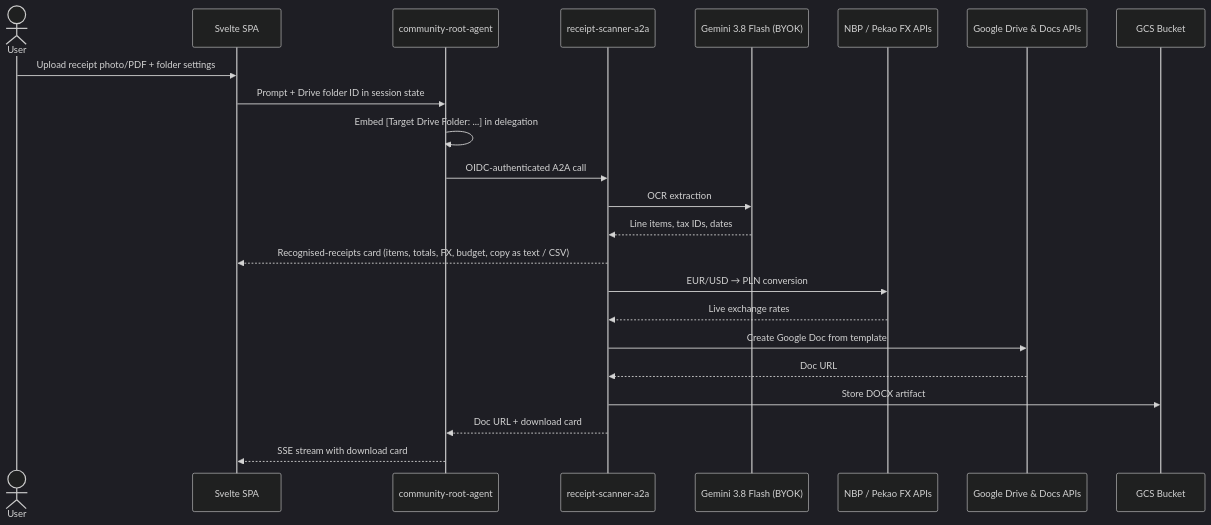
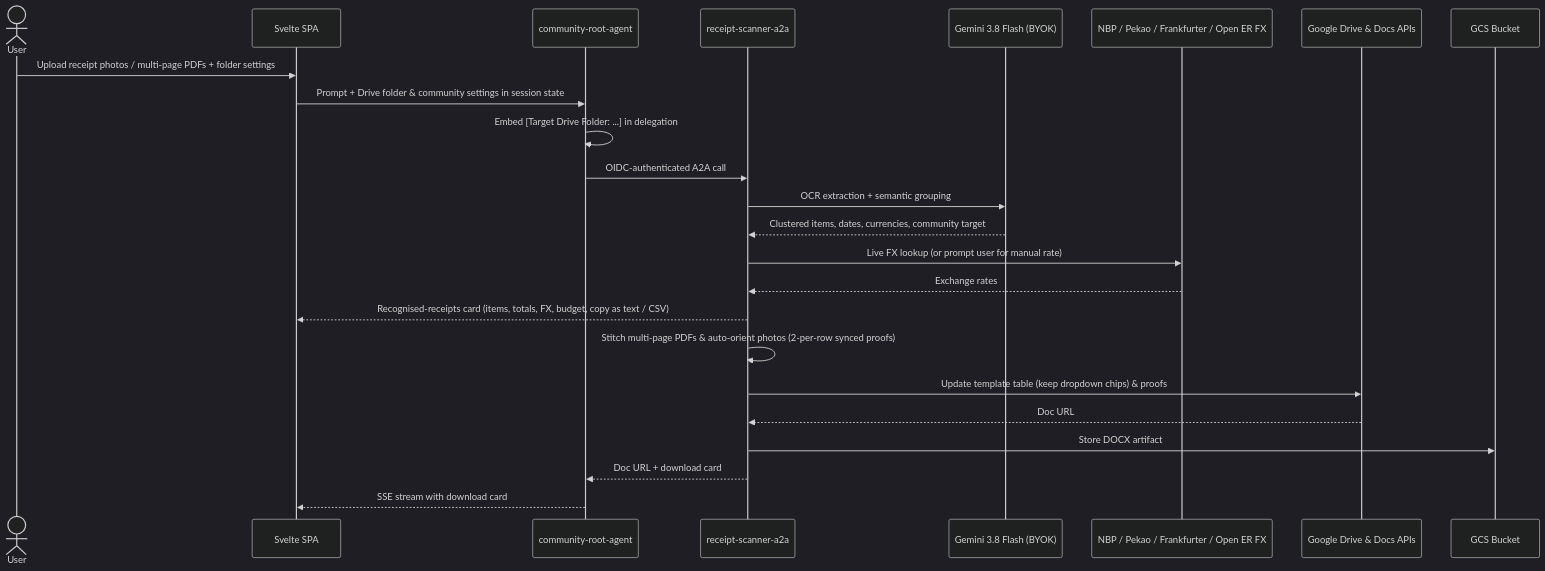
Before and after one commit to aplachykau-git/gdg_agents: the fifth of 8 diagrams in docs/SOLUTION_ARCHITECTURE.md, drawn with Mermaid (dark theme). The commit also changed other lines of this file and 14 other files, not shown here.

Commit message:
docs: update README, architecture diagrams, and guides before main PR

````diff
--- a/docs/SOLUTION_ARCHITECTURE.md
+++ b/docs/SOLUTION_ARCHITECTURE.md
@@ -242,26 +242,27 @@
 ```mermaid
 sequenceDiagram
     actor User
     participant SPA as Svelte SPA
     participant Root as community-root-agent
     participant Receipt as receipt-scanner-a2a
     participant Gemini as Gemini 3.8 Flash (BYOK)
-    participant FX as NBP / Pekao FX APIs
+    participant FX as NBP / Pekao / Frankfurter / Open ER FX
     participant Drive as Google Drive & Docs APIs
     participant GCS as GCS Bucket
 
-    User->>SPA: Upload receipt photo/PDF + folder settings
-    SPA->>Root: Prompt + Drive folder ID in session state
+    User->>SPA: Upload receipt photos / multi-page PDFs + folder settings
+    SPA->>Root: Prompt + Drive folder & community settings in session state
     Root->>Root: Embed [Target Drive Folder: ...] in delegation
     Root->>Receipt: OIDC-authenticated A2A call
-    Receipt->>Gemini: OCR extraction
-    Gemini-->>Receipt: Line items, tax IDs, dates
+    Receipt->>Gemini: OCR extraction + semantic grouping
+    Gemini-->>Receipt: Clustered items, dates, currencies, community target
+    Receipt->>FX: Live FX lookup (or prompt user for manual rate)
+    FX-->>Receipt: Exchange rates
     Receipt-->>SPA: Recognised-receipts card (items, totals, FX, budget, copy as text / CSV)
-    Receipt->>FX: EUR/USD → PLN conversion
-    FX-->>Receipt: Live exchange rates
-    Receipt->>Drive: Create Google Doc from template
+    Receipt->>Receipt: Stitch multi-page PDFs & auto-orient photos (2-per-row synced proofs)
+    Receipt->>Drive: Update template table (keep dropdown chips) & proofs
     Drive-->>Receipt: Doc URL
     Receipt->>GCS: Store DOCX artifact
     Receipt-->>Root: Doc URL + download card
     Root-->>SPA: SSE stream with download card
 ```
````
